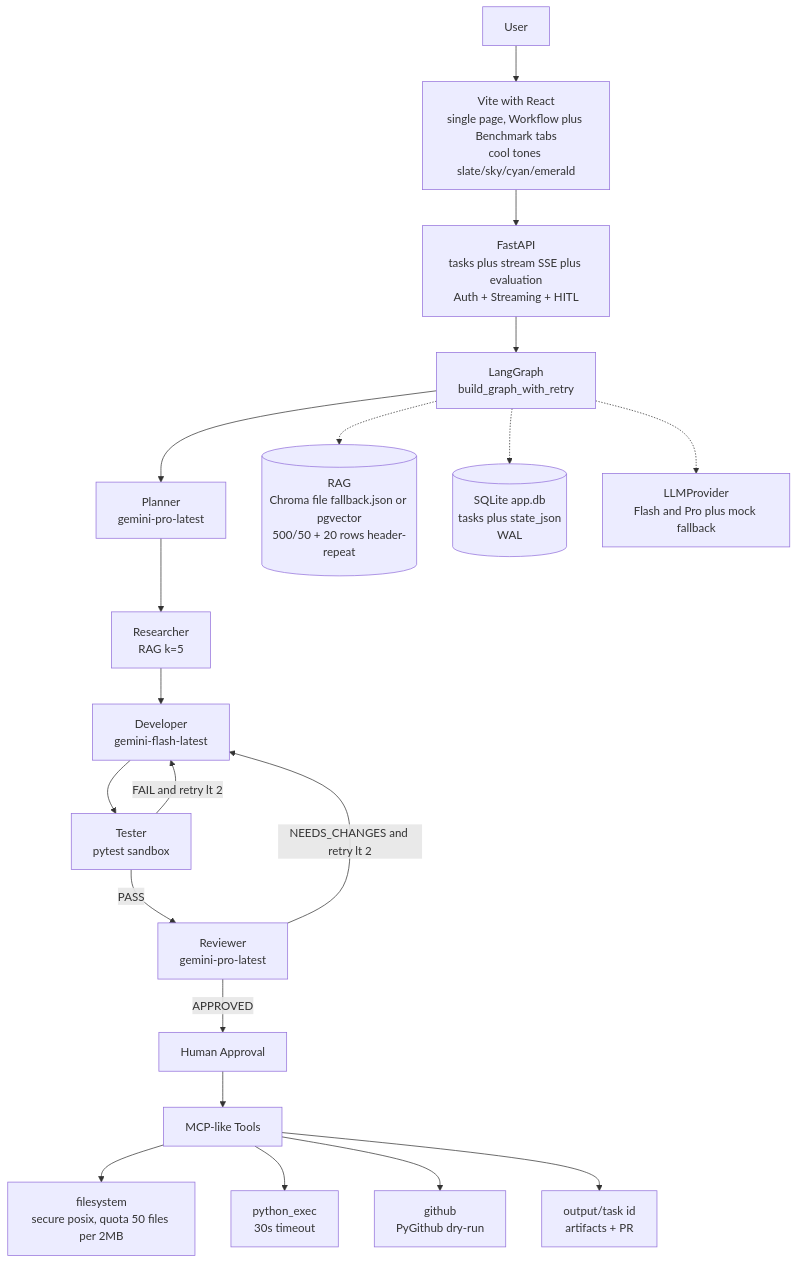
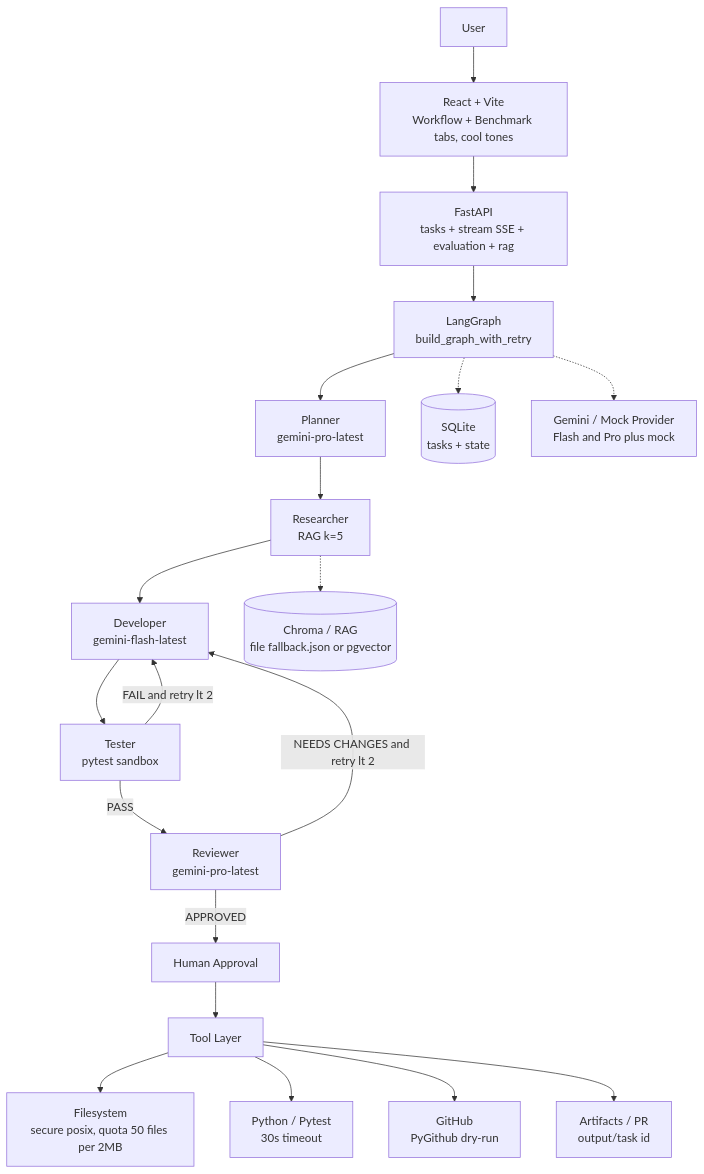
Before and after one commit to TRahulsingh/ForgeMind: the diagram in README.md, drawn with Mermaid. The commit also changed other lines of this file and 1 other file, not shown here.

Commit message:
docs: polish README per 10 fixes - demo after intro, table-aware context, remove clutter, consolidate why, keyword paragraph, lightweight angle

````diff
--- a/README.md
+++ b/README.md
@@ -100,22 +358,22 @@
 ```mermaid
-graph TD
-    User --> Vite[Vite with React<br/>single page, Workflow plus Benchmark tabs<br/>cool tones slate/sky/cyan/emerald]
-    Vite --> FastAPI[FastAPI<br/>tasks plus stream SSE plus evaluation<br/>Auth + Streaming + HITL]
-    FastAPI --> LG[LangGraph<br/>build_graph_with_retry]
-    LG --> Planner[Planner<br/>gemini-pro-latest]
-    Planner --> Researcher[Researcher<br/>RAG k=5]
-    Researcher --> Developer[Developer<br/>gemini-flash-latest]
-    Developer --> Tester[Tester<br/>pytest sandbox]
-    Tester -->|FAIL and retry lt 2| Developer
-    Tester -->|PASS| Reviewer[Reviewer<br/>gemini-pro-latest]
-    Reviewer -->|NEEDS_CHANGES and retry lt 2| Developer
-    Reviewer -->|APPROVED| HITL[Human Approval]
-    HITL --> Tools[MCP-like Tools]
-    Tools --> FS[filesystem<br/>secure posix, quota 50 files per 2MB]
-    Tools --> Exec[python_exec<br/>30s timeout]
-    Tools --> GH[github<br/>PyGithub dry-run]
-    LG -.-> RAG[(RAG<br/>Chroma file fallback.json or pgvector<br/>500/50 + 20 rows header-repeat)]
-    LG -.-> DB[(SQLite app.db<br/>tasks plus state_json<br/>WAL)]
-    LG -.-> LLM[LLMProvider<br/>Flash and Pro plus mock fallback]
-    Tools --> Out[output/task id<br/>artifacts + PR]
+flowchart TD
+    U[User] --> UI[React + Vite<br/>Workflow + Benchmark tabs, cool tones]
+    UI --> API[FastAPI<br/>tasks + stream SSE + evaluation + rag]
+    API --> G[LangGraph<br/>build_graph_with_retry]
+    G --> P[Planner<br/>gemini-pro-latest]
+    P --> R[Researcher<br/>RAG k=5]
+    R --> D[Developer<br/>gemini-flash-latest]
+    D --> T[Tester<br/>pytest sandbox]
+    T -->|FAIL and retry lt 2| D
+    T -->|PASS| V[Reviewer<br/>gemini-pro-latest]
+    V -->|NEEDS CHANGES and retry lt 2| D
+    V -->|APPROVED| H[Human Approval]
+    H --> TOOLS[Tool Layer]
+    TOOLS --> FS[Filesystem<br/>secure posix, quota 50 files per 2MB]
+    TOOLS --> PY[Python / Pytest<br/>30s timeout]
+    TOOLS --> GH[GitHub<br/>PyGithub dry-run]
+    R -.-> RAG[(Chroma / RAG<br/>file fallback.json or pgvector)]
+    G -.-> DB[(SQLite<br/>tasks + state)]
+    G -.-> LLM[Gemini / Mock Provider<br/>Flash and Pro plus mock]
+    TOOLS --> OUT[Artifacts / PR<br/>output/task id]
 ```
````
